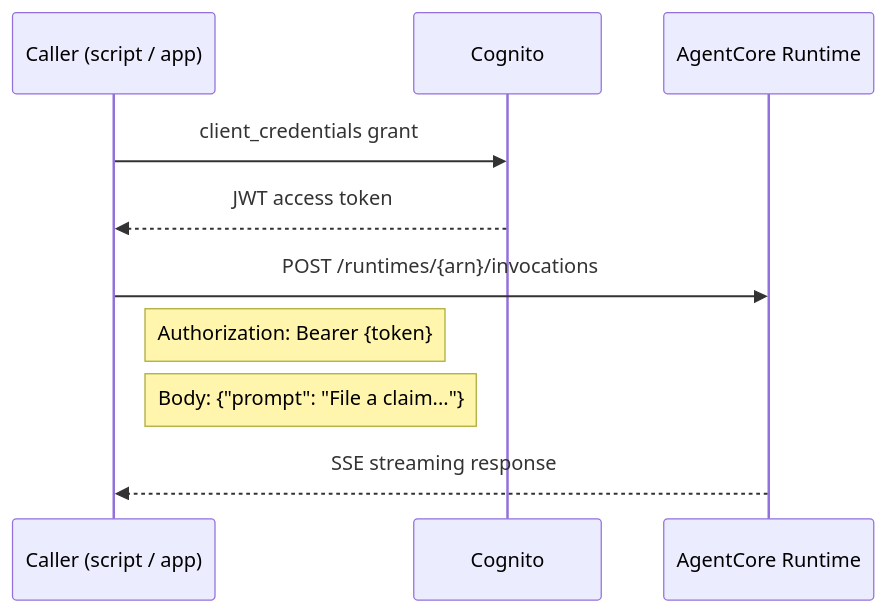
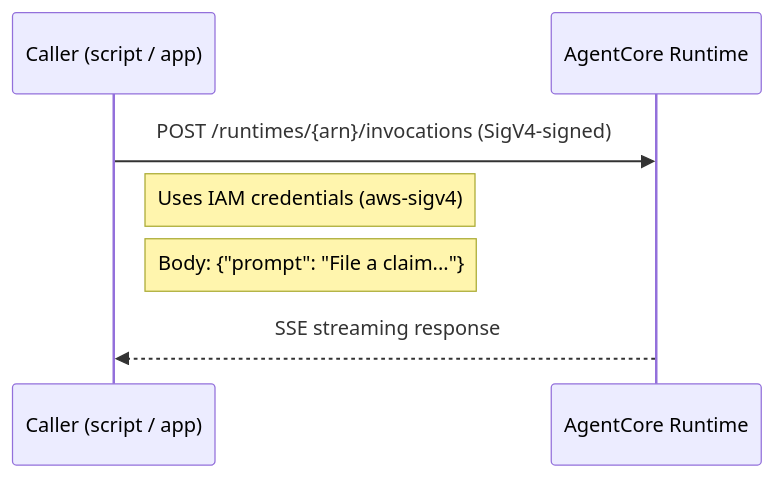
Before and after one commit to awslabs/amazon-bedrock-agentcore-samples: the second of 4 diagrams in 02-use-cases/02-workflow-automation-agents/event-driven-claims-agent/docs/ARCHITECTURE.md, drawn with Mermaid. The commit also changed other lines of this file and 15 other files, not shown here.

First line of the commit message:
docs: update architecture, decisions, deployment, and configuration docs

````diff
--- a/02-use-cases/02-workflow-automation-agents/event-driven-claims-agent/docs/ARCHITECTURE.md
+++ b/02-use-cases/02-workflow-automation-agents/event-driven-claims-agent/docs/ARCHITECTURE.md
@@ -117,13 +116,10 @@
 ```mermaid
 sequenceDiagram
     participant Caller as Caller (script / app)
-    participant Cognito
     participant Runtime as AgentCore Runtime
 
-    Caller ->> Cognito: client_credentials grant
-    Cognito -->> Caller: JWT access token
-    Caller ->> Runtime: POST /runtimes/{arn}/invocations
-    Note right of Caller: Authorization: Bearer {token}
+    Caller ->> Runtime: POST /runtimes/{arn}/invocations (SigV4-signed)
+    Note right of Caller: Uses IAM credentials (aws-sigv4)
     Note right of Caller: Body: {"prompt": "File a claim..."}
     Runtime -->> Caller: SSE streaming response
 ```
````
